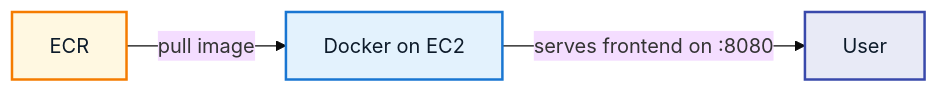
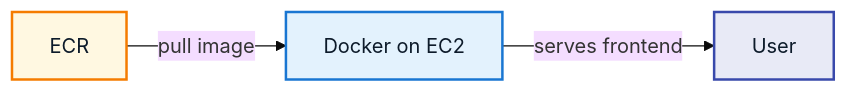
One commit to zlederma-dev/snippets changed the fourth of 4 diagrams in README.md. Above: the diagram before and after it, drawn with Mermaid (base theme). The commit also changed other lines of this file, not shown here.

````diff
--- a/README.md
+++ b/README.md
@@ -86,9 +94,9 @@
 ```mermaid
 flowchart LR
   ECR[ECR] -->|pull image| Docker[Docker on EC2]
-  Docker -->|serves frontend on :8080| U[User]
+  Docker -->|serves frontend| U[User]
 
   style ECR    fill:#FFF8E1,stroke:#F57C00,stroke-width:2px,color:#0D1B2A
   style Docker fill:#E3F2FD,stroke:#1976D2,stroke-width:2px,color:#0D1B2A
   style U      fill:#E8EAF6,stroke:#3949AB,stroke-width:2px,color:#0D1B2A
 ```
````
